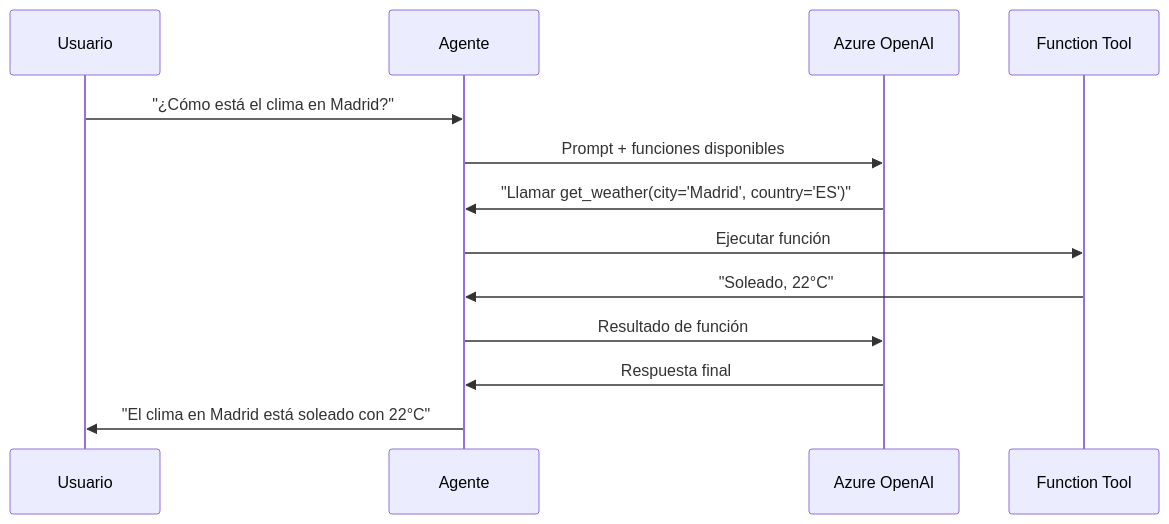
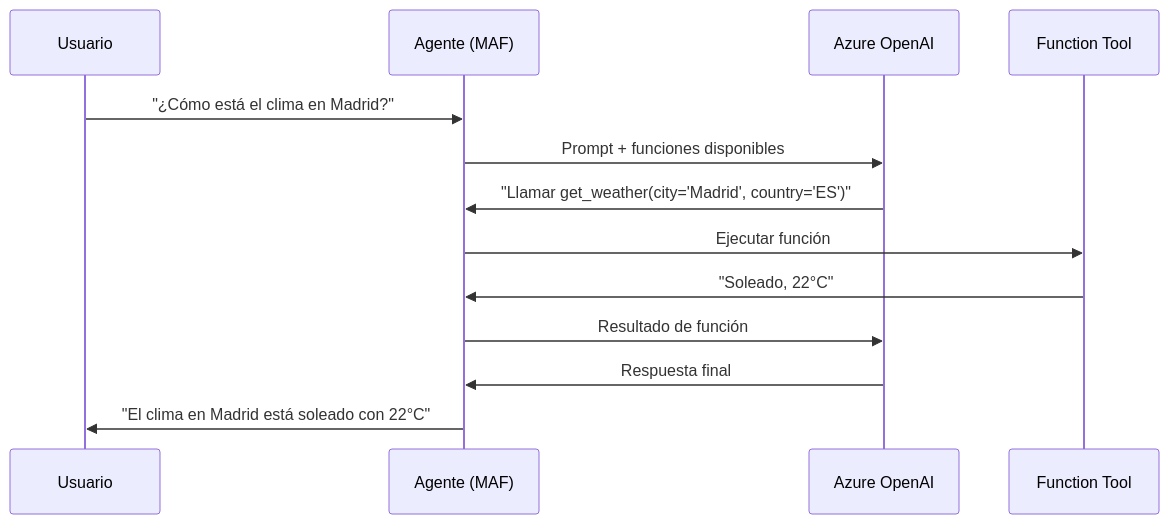
One commit to adiazcan/maf-workshop changed the diagram in docs/modulo-02-function-tools/README.md. Above: the diagram before and after it, drawn with Mermaid. The commit also changed other lines of this file and 14 other files, not shown here.

````diff
--- a/docs/modulo-02-function-tools/README.md
+++ b/docs/modulo-02-function-tools/README.md
@@ -73,16 +72,16 @@
 ```mermaid
 sequenceDiagram
     participant U as Usuario
-    participant A as Agente
+    participant A as Agente (MAF)
     participant M as Azure OpenAI
     participant F as Function Tool
     
     U->>A: "¿Cómo está el clima en Madrid?"
     A->>M: Prompt + funciones disponibles
     M->>A: "Llamar get_weather(city='Madrid', country='ES')"
     A->>F: Ejecutar función
     F->>A: "Soleado, 22°C"
     A->>M: Resultado de función
     M->>A: Respuesta final
     A->>U: "El clima en Madrid está soleado con 22°C"
 ```
````
